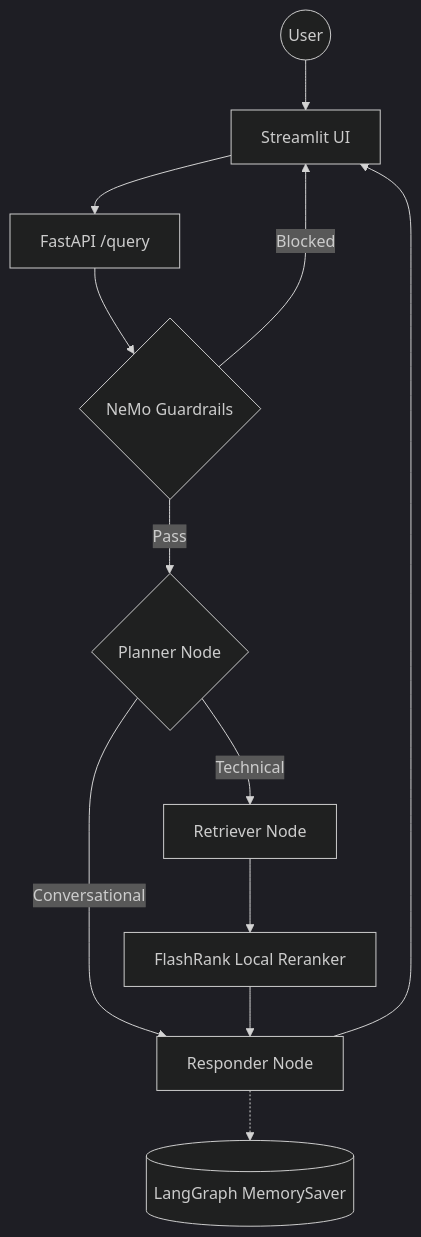
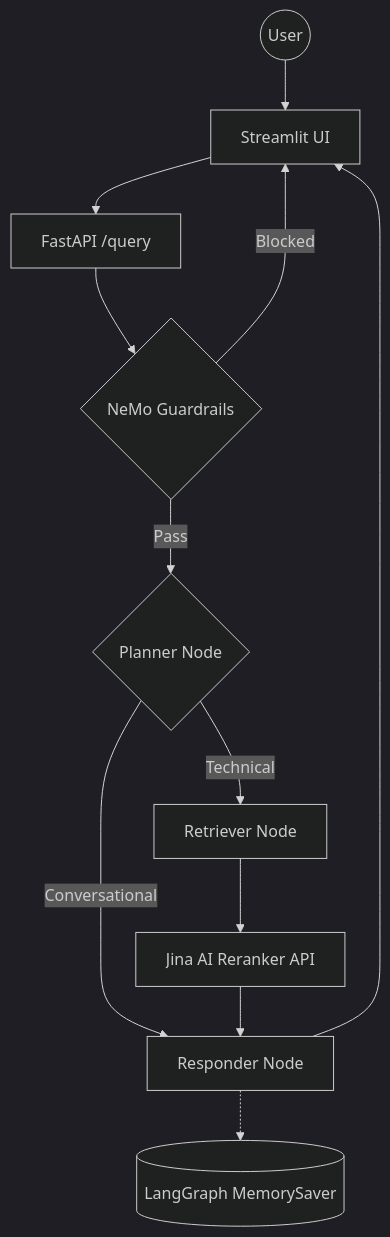
The diagram in README.md (sourangshupal/8hr-MARATHON), drawn with Mermaid (dark theme) before and after one commit. The commit also changed other lines of this file and 18 other files, not shown here.

Commit message:
feat: adopt Jina embeddings/reranker, OpenAI guardrails/LLM, and Portkey gateway targets

````diff
--- a/README.md
+++ b/README.md
@@ -23,14 +23,14 @@
 ```mermaid
 graph TD
     User((User)) --> UI[Streamlit UI]
     UI --> API[FastAPI /query]
     API --> Guard{NeMo Guardrails}
     Guard -->|Blocked| UI
     Guard -->|Pass| Planner{Planner Node}
     Planner -->|Conversational| Responder[Responder Node]
     Planner -->|Technical| Retriever[Retriever Node]
-    Retriever --> Reranker[FlashRank Local Reranker]
+    Retriever --> Reranker[Jina AI Reranker API]
     Reranker --> Responder
     Responder --> UI
     Responder -.-> Memory[(LangGraph MemorySaver)]
 ```
````
